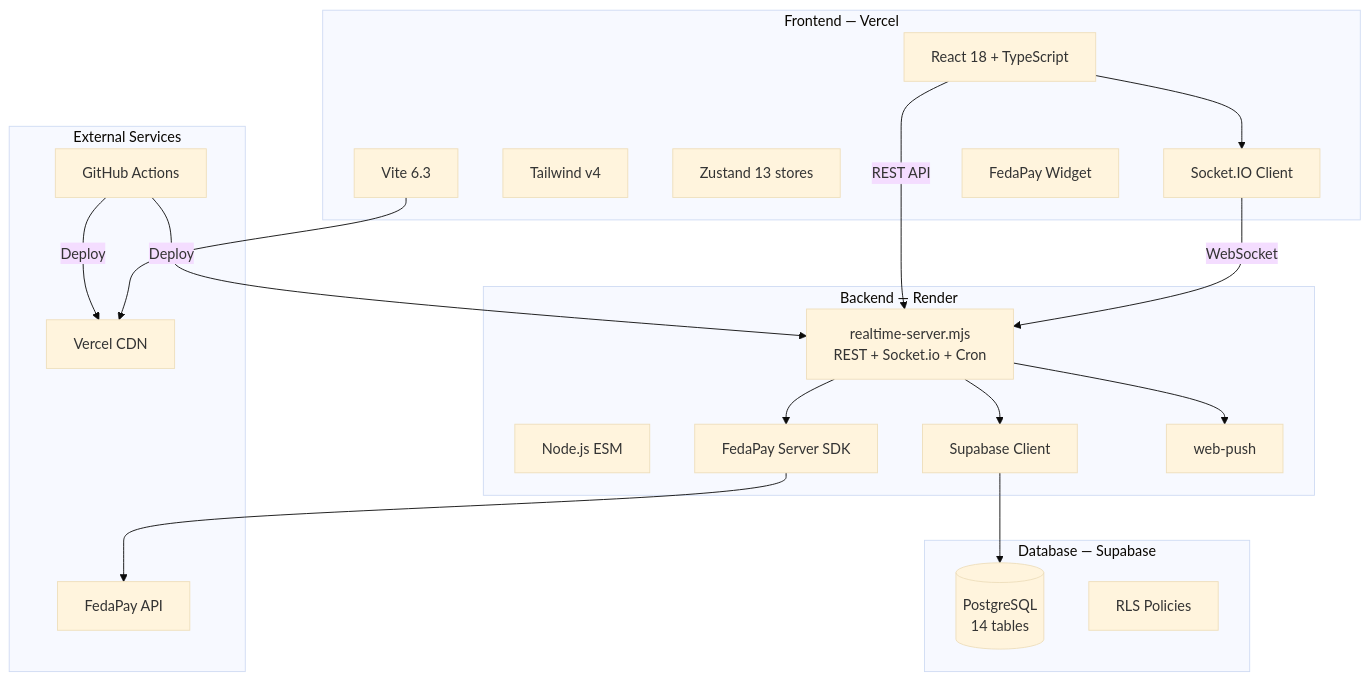
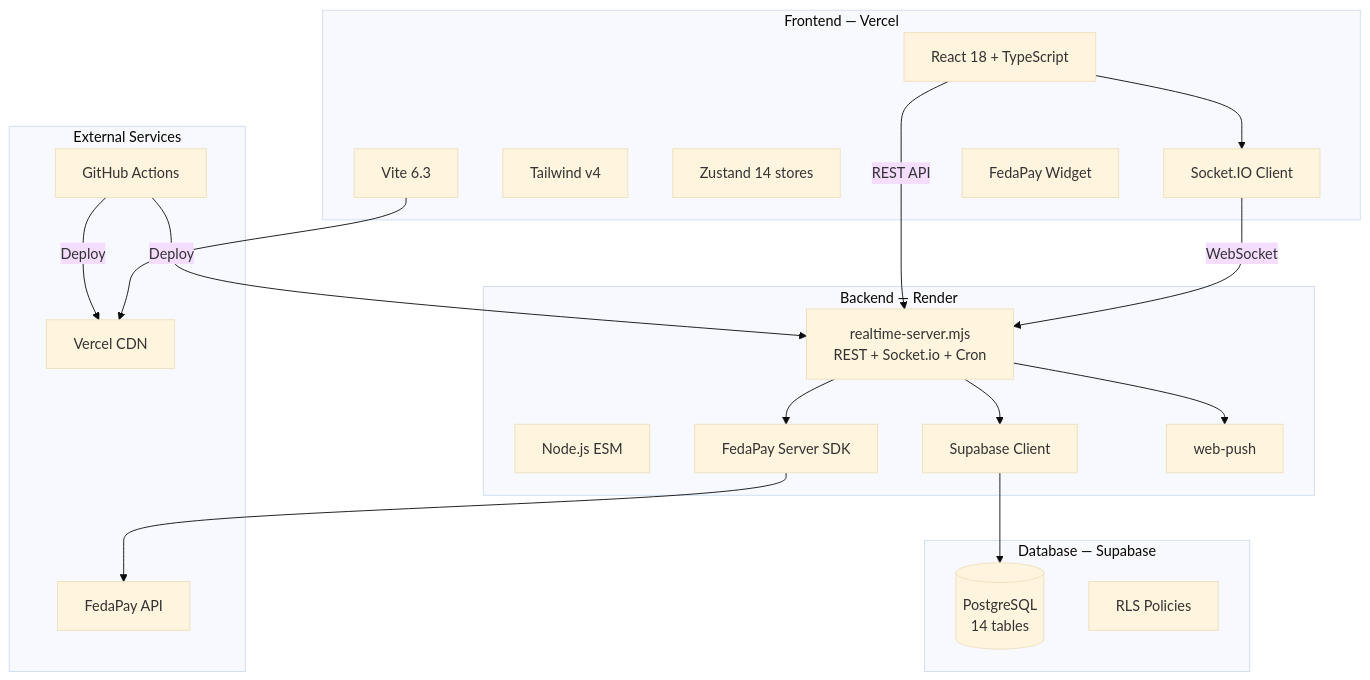
One commit to Coyd111/Zoyd changed the first of 2 diagrams in docs/ARCHITECTURE.md. Above: the diagram before and after it, drawn with Mermaid (base theme). The commit also changed other lines of this file and 4 other files, not shown here.

````diff
--- a/docs/ARCHITECTURE.md
+++ b/docs/ARCHITECTURE.md
@@ -5,42 +5,42 @@
 ```mermaid
 graph TB
     subgraph Frontend ["Frontend — Vercel"]
         A[React 18 + TypeScript]
         B[Vite 6.3]
         C[Tailwind v4]
-        D[Zustand 13 stores]
+        D[Zustand 14 stores]
         E[Socket.IO Client]
         F[FedaPay Widget]
     end
 
     subgraph Backend ["Backend — Render"]
         G[Node.js ESM]
         H[realtime-server.mjs<br/>REST + Socket.io + Cron]
         I[Supabase Client]
         J[FedaPay Server SDK]
         K[web-push]
     end
 
     subgraph Database ["Database — Supabase"]
         L[(PostgreSQL<br/>14 tables)]
         M[RLS Policies]
     end
 
     subgraph External ["External Services"]
         N[FedaPay API]
         O[Vercel CDN]
         P[GitHub Actions]
     end
 
     A --> E
     E -->|WebSocket| H
     A -->|REST API| H
     H --> I
     I --> L
     H --> J
     J --> N
     H --> K
     B --> O
     P -->|Deploy| O
     P -->|Deploy| H
 ```
````
